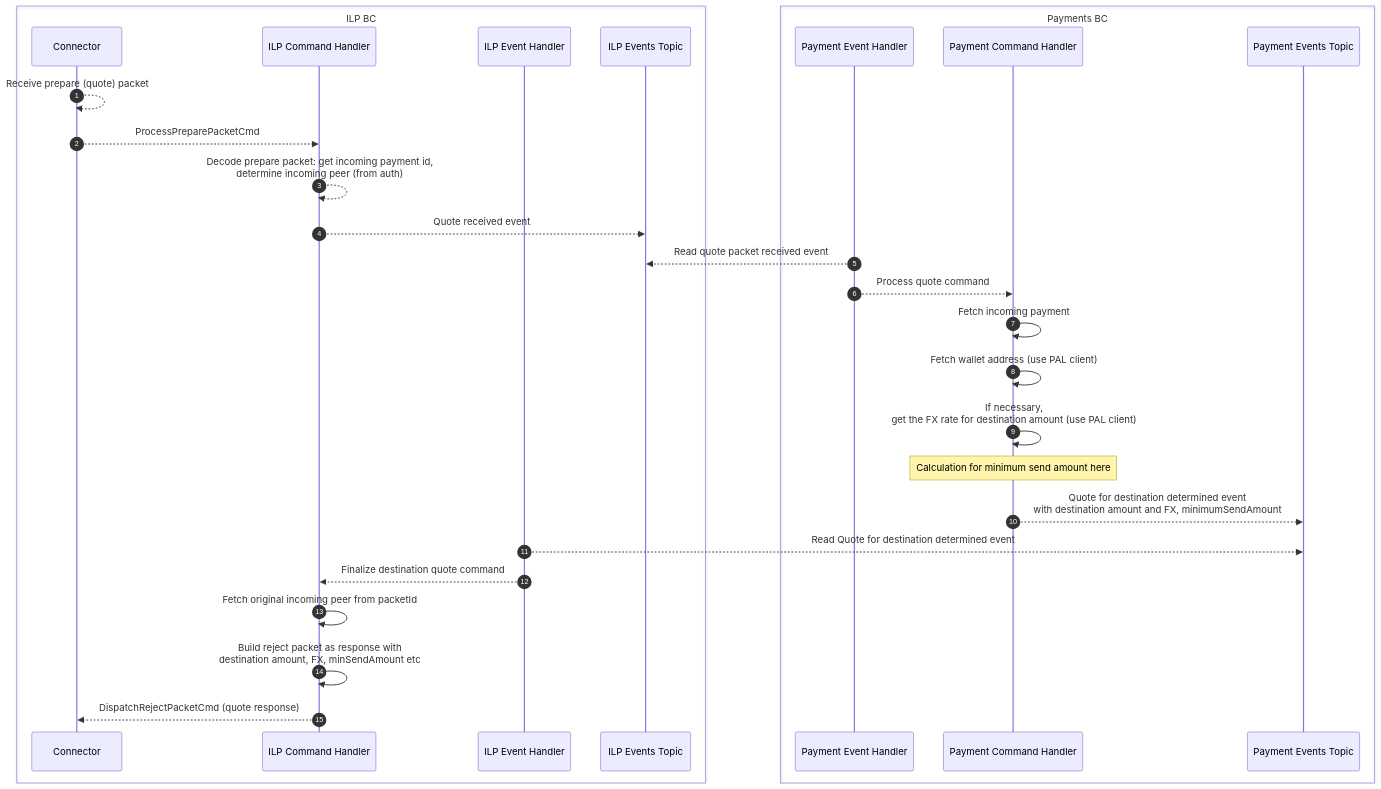
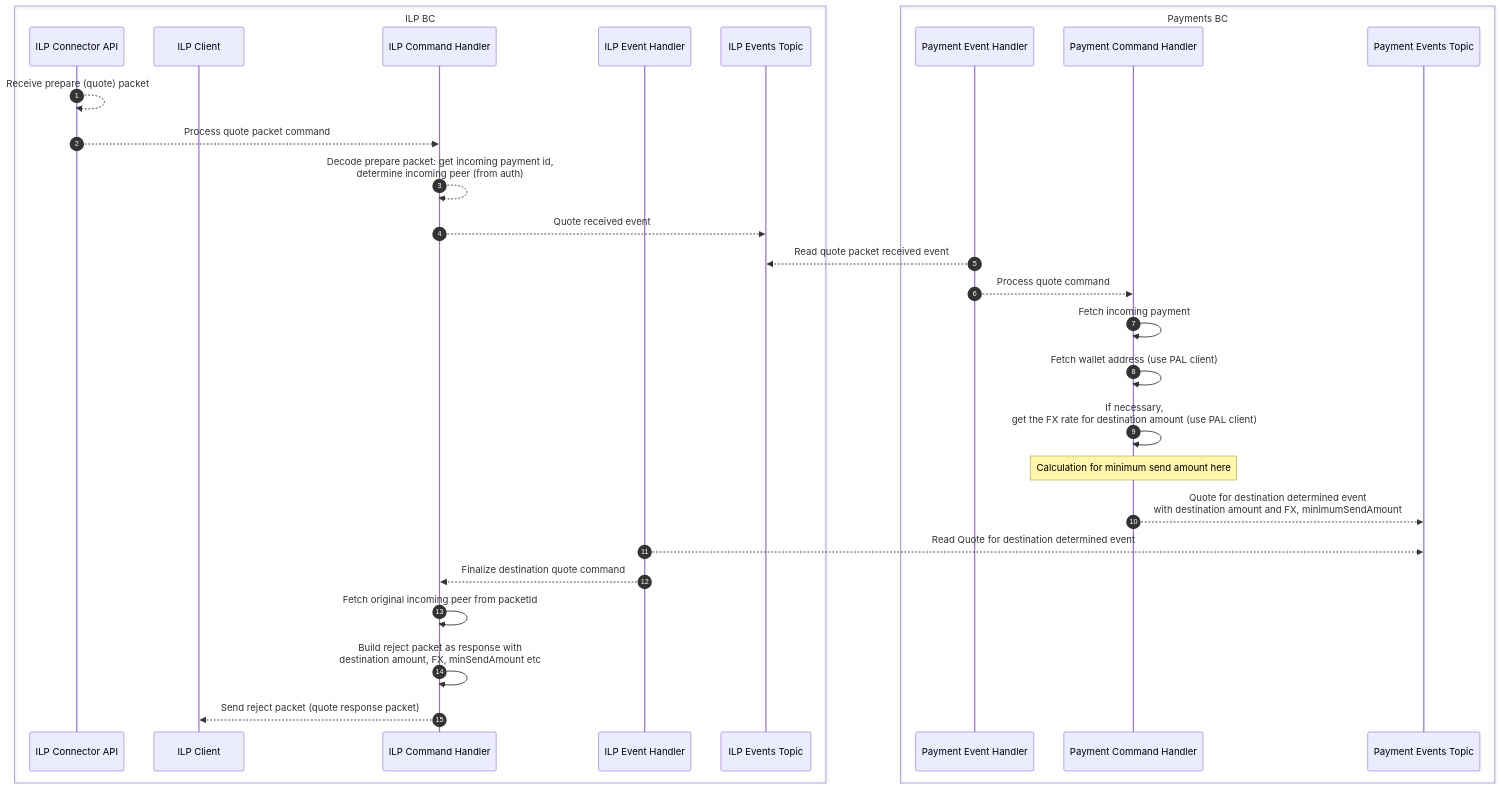
The diagram in internal-docs/sequence-diagrams/ILP/Remote Quote - Receving.md (JayPokale/rhyza), drawn with Mermaid before and after one commit. The commit also changed 3 other files, not shown here.

Commit message:
chore: drop sequence diagram updates

````diff
--- a/internal-docs/sequence-diagrams/ILP/Remote Quote - Receving.md
+++ b/internal-docs/sequence-diagrams/ILP/Remote Quote - Receving.md
@@ -3,53 +3,51 @@
 ```mermaid
 sequenceDiagram
 	autonumber
 
 
     box ILP BC
-    participant EC as Connector
+    participant ILPAPI as ILP Connector API
+    participant ILPC as ILP Client
 	participant ILP as ILP Command Handler
     participant ILPEH as ILP Event Handler
     participant ILPET as ILP Events Topic
     end
-
-    %% Aggregate <-> Connector hops go via Kafka commands
-    %% (ilp-commands and ilp-connector-commands).
-    %% See `ILP BC - Connector Integration.md`.
 
     %% box PAL (Peers, Accounts, Liquidity) BC
     %% participant PALEH as Accounts & Liquidity Event Handler
     %% participant PALCH as Accounts & Liquidity Command Handler
     %% participant PALET as Accounts & Liquidity Events Topic
     %% end
 
     box Payments BC
 	participant PEH as Payment Event Handler
     participant PCH as Payment Command Handler
     participant PET as Payment Events Topic
     end
 
 
 
-    EC-->>EC: Receive prepare (quote) packet
-    EC -->> ILP: ProcessPreparePacketCmd
+    ILPAPI-->>ILPAPI: Receive prepare (quote) packet
+    ILPAPI -->> ILP: Process quote packet command
+    %% Or we decode in the ILPAPI
     ILP-->>ILP: Decode prepare packet: get incoming payment id,<br>determine incoming peer (from auth)
     ILP-->>ILPET: Quote received event
     PEH -->> ILPET: Read quote packet received event
     PEH -->> PCH: Process quote command
     PCH ->> PCH: Fetch incoming payment
     PCH ->> PCH: Fetch wallet address (use PAL client)
     PCH ->> PCH: If necessary, <br>get the FX rate for destination amount (use PAL client)
     Note over PCH: Calculation for minimum send amount here
     PCH -->> PET: Quote for destination determined event<br>with destination amount and FX, minimumSendAmount
     ILPEH -->> PET: Read Quote for destination determined event
     ILPEH -->> ILP: Finalize destination quote command
     ILP ->> ILP: Fetch original incoming peer from packetId
     ILP ->> ILP: Build reject packet as response with <br>destination amount, FX, minSendAmount etc
-    ILP -->> EC: DispatchRejectPacketCmd (quote response)
+    ILP -->> ILPC: Send reject packet (quote response packet)
 
 
     %% PALCH ->> PALCH: If necessary, get the FX rate for destination amount
     %% PEH -->> PCH: Process prepare packet command
     %% PCH->>PCH: Validate incoming payment <br> (completed), fetch peer details (ie asset)
     %%
 ```
````
